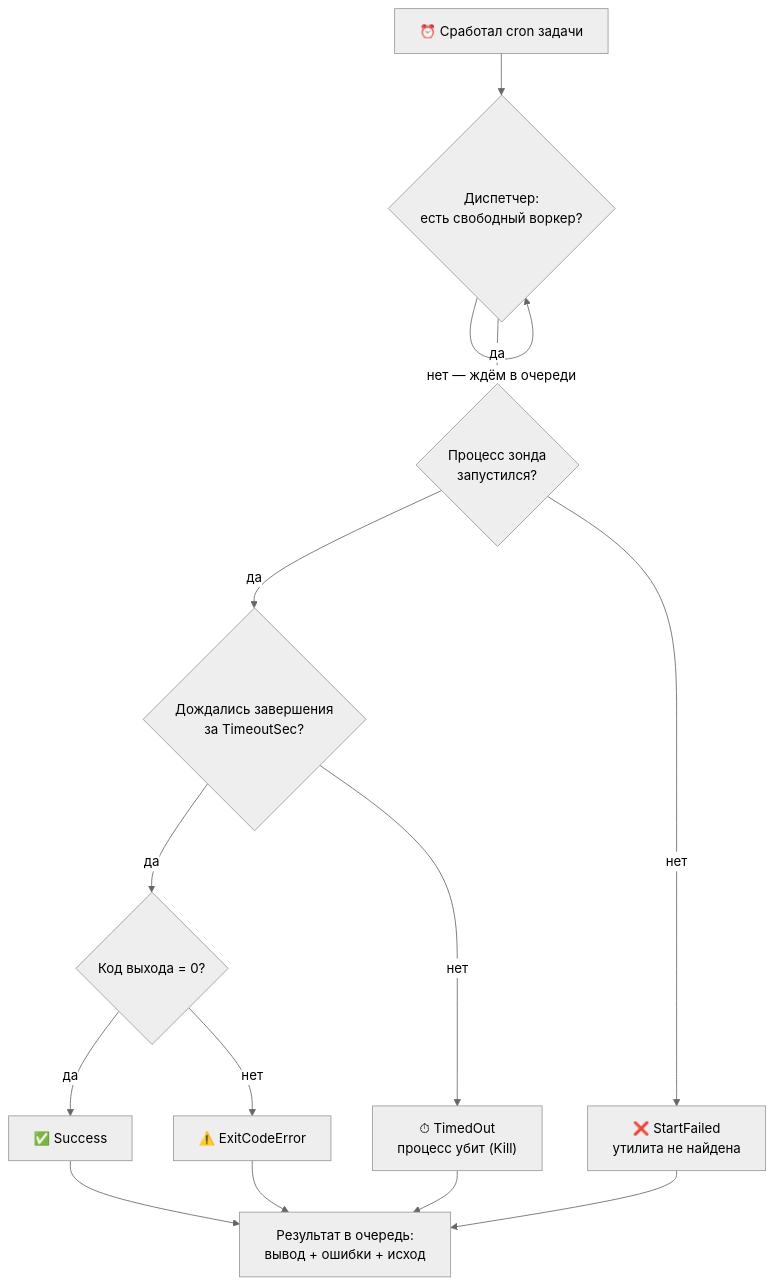
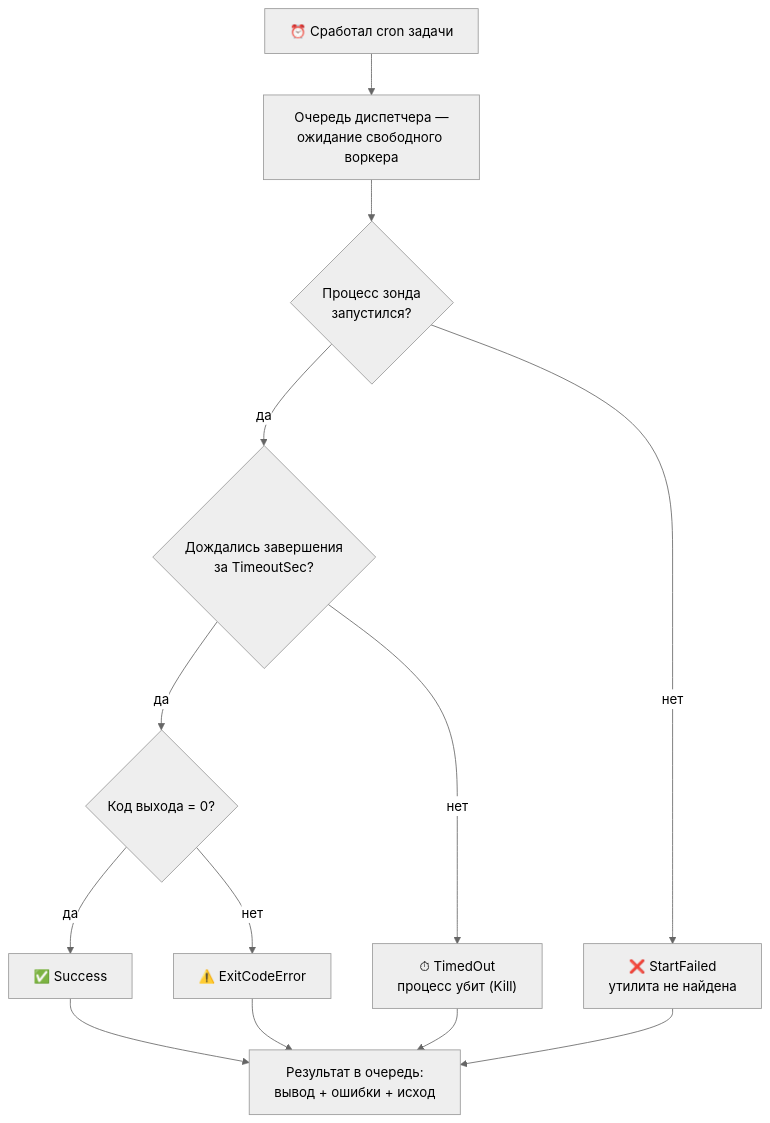
Before and after one commit to akprof2000/twamp-probe: the sixth of 9 diagrams in README.md, drawn with Mermaid (neutral theme).

Commit message:
README: схема исходов зонда — очередь диспетчера вместо самозацикленного ромба

````diff
--- a/README.md
+++ b/README.md
@@ -228,13 +228,12 @@
 ```mermaid
 flowchart TB
-    cron["⏰ Сработал cron задачи"] --> disp{"Диспетчер:<br/>есть свободный воркер?"}
-    disp -- "нет — ждём в очереди" --> disp
-    disp -- "да" --> start{"Процесс зонда<br/>запустился?"}
+    cron["⏰ Сработал cron задачи"] --> queue0["Очередь диспетчера —<br/>ожидание свободного воркера"]
+    queue0 --> start{"Процесс зонда<br/>запустился?"}
     start -- "нет" --> failed["❌ StartFailed<br/>утилита не найдена"]
     start -- "да" --> wait{"Дождались завершения<br/>за TimeoutSec?"}
     wait -- "нет" --> killed["⏱ TimedOut<br/>процесс убит (Kill)"]
     wait -- "да" --> code{"Код выхода = 0?"}
     code -- "да" --> ok["✅ Success"]
     code -- "нет" --> exit["⚠️ ExitCodeError"]
     ok & exit & killed & failed --> q["Результат в очередь:<br/>вывод + ошибки + исход"]
 ```
````
